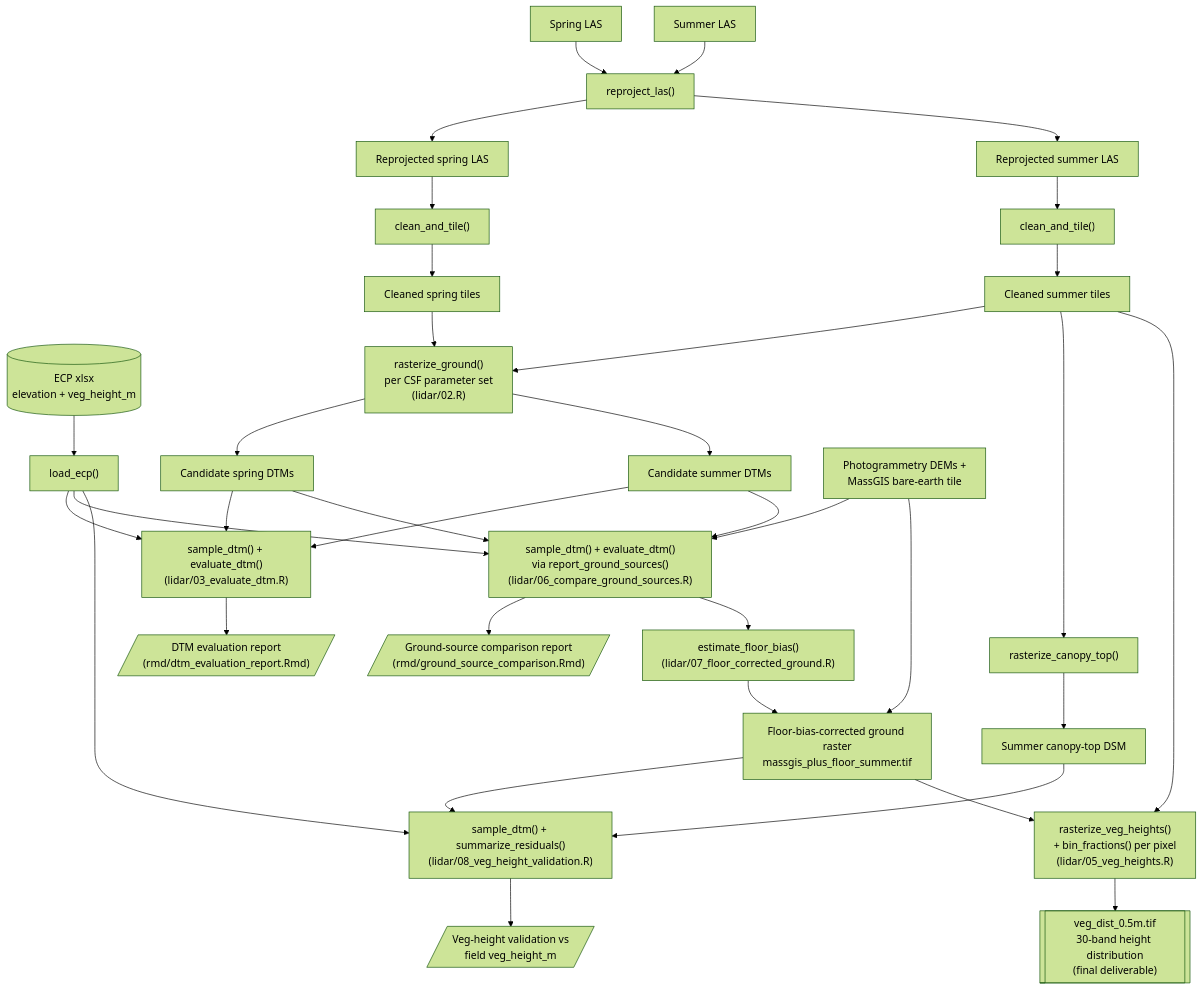
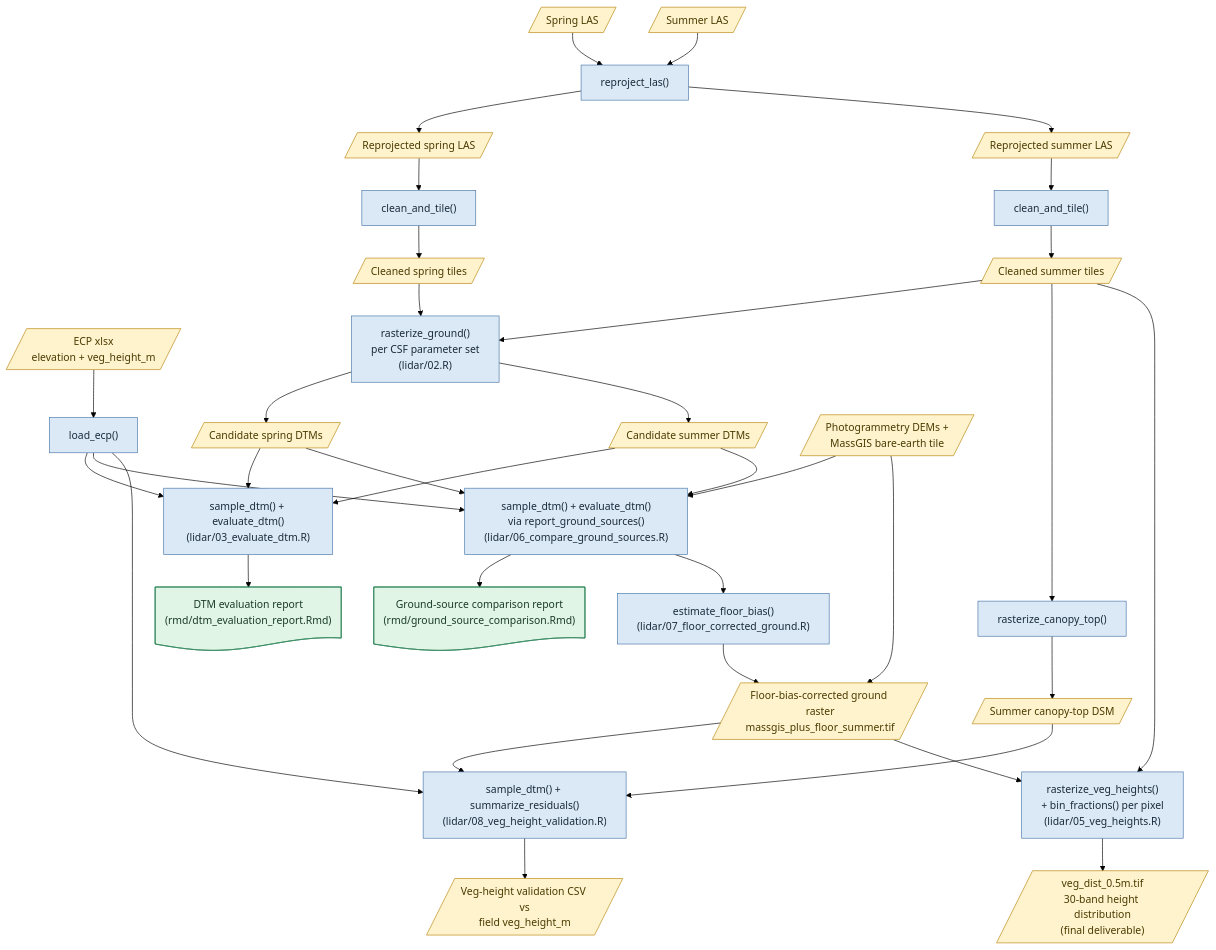
One commit to UMass-UAS-Salt-Marsh/salt-marsh-work changed the diagram in lidar/ARCHITECTURE.md. Above: the diagram before and after it, drawn with Mermaid (forest theme). The commit also changed other lines of this file, not shown here.

Commit message:
Restyle ARCHITECTURE.md flowchart: rectangles for processes, distinct shapes/colors for data vs. reports
Switch function/script nodes to plain rectangles (the standard flowchart
convention) and give data artifacts (point clouds, tiles, rasters, cached
CSVs) a parallelogram shape. Give the two rendered HTML reports their own
document shape and color so they read as distinct from CSV/TIFF outputs.
Also fix a mislabel: the veg-height validation output is a CSV, not a
rendered report.

````diff
--- a/lidar/ARCHITECTURE.md
+++ b/lidar/ARCHITECTURE.md
@@ -212,47 +212,71 @@
 ```mermaid
 flowchart TD
-    A1["Spring LAS"] --> B0
-    A2["Summer LAS"] --> B0
-    B0["reproject_las()"] --> C1["Reprojected spring LAS"]
-    B0 --> C2["Reprojected summer LAS"]
+    A1[/"Spring LAS"/]
+    A2[/"Summer LAS"/]
+    A1 --> B0
+    A2 --> B0
+    B0["reproject_las()"]
+    B0 --> C1[/"Reprojected spring LAS"/]
+    B0 --> C2[/"Reprojected summer LAS"/]
 
-    C1 --> D1["clean_and_tile()"]
-    C2 --> D2["clean_and_tile()"]
-    D1 --> E1["Cleaned spring tiles"]
-    D2 --> E2["Cleaned summer tiles"]
+    C1 --> D1
+    C2 --> D2
+    D1["clean_and_tile()"]
+    D2["clean_and_tile()"]
+    D1 --> E1[/"Cleaned spring tiles"/]
+    D2 --> E2[/"Cleaned summer tiles"/]
 
-    ECP[("ECP xlsx<br/>elevation + veg_height_m")] --> LE["load_ecp()"]
+    ECP[/"ECP xlsx<br/>elevation + veg_height_m"/]
+    LE["load_ecp()"]
+    ECP --> LE
 
-    E1 --> F["rasterize_ground()<br/>per CSF parameter set<br/>(lidar/02.R)"]
+    E1 --> F
     E2 --> F
-    F --> G1["Candidate spring DTMs"]
-    F --> G2["Candidate summer DTMs"]
+    F["rasterize_ground()<br/>per CSF parameter set<br/>(lidar/02.R)"]
+    F --> G1[/"Candidate spring DTMs"/]
+    F --> G2[/"Candidate summer DTMs"/]
 
-    G1 --> J["sample_dtm() + evaluate_dtm()<br/>(lidar/03_evaluate_dtm.R)"]
+    G1 --> J
     G2 --> J
     LE --> J
-    J --> K[/"DTM evaluation report<br/>(rmd/dtm_evaluation_report.Rmd)"/]
+    J["sample_dtm() + evaluate_dtm()<br/>(lidar/03_evaluate_dtm.R)"]
+    K@{ shape: doc, label: "DTM evaluation report<br/>(rmd/dtm_evaluation_report.Rmd)" }
+    J --> K
 
-    OTHER["Photogrammetry DEMs +<br/>MassGIS bare-earth tile"]
-    G1 --> M["sample_dtm() + evaluate_dtm()<br/>via report_ground_sources()<br/>(lidar/06_compare_ground_sources.R)"]
+    OTHER[/"Photogrammetry DEMs +<br/>MassGIS bare-earth tile"/]
+    G1 --> M
     G2 --> M
     OTHER --> M
     LE --> M
-    M --> N[/"Ground-source comparison report<br/>(rmd/ground_source_comparison.Rmd)"/]
+    M["sample_dtm() + evaluate_dtm()<br/>via report_ground_sources()<br/>(lidar/06_compare_ground_sources.R)"]
+    N@{ shape: doc, label: "Ground-source comparison report<br/>(rmd/ground_source_comparison.Rmd)" }
+    M --> N
 
-    M --> O["estimate_floor_bias()<br/>(lidar/07_floor_corrected_ground.R)"]
+    M --> O
     OTHER --> P
-    O --> P["Floor-bias-corrected ground raster<br/>massgis_plus_floor_summer.tif"]
+    O["estimate_floor_bias()<br/>(lidar/07_floor_corrected_ground.R)"]
+    O --> P[/"Floor-bias-corrected ground raster<br/>massgis_plus_floor_summer.tif"/]
 
-    E2 --> Q["rasterize_canopy_top()"]
-    Q --> R["Summer canopy-top DSM"]
+    E2 --> Q
+    Q["rasterize_canopy_top()"]
+    Q --> R[/"Summer canopy-top DSM"/]
 
-    R --> S["sample_dtm() + summarize_residuals()<br/>(lidar/08_veg_height_validation.R)"]
+    R --> S
     P --> S
     LE --> S
-    S --> T[/"Veg-height validation vs<br/>field veg_height_m"/]
+    S["sample_dtm() + summarize_residuals()<br/>(lidar/08_veg_height_validation.R)"]
+    S --> T[/"Veg-height validation CSV vs<br/>field veg_height_m"/]
 
-    E2 --> U["rasterize_veg_heights()<br/>+ bin_fractions() per pixel<br/>(lidar/05_veg_heights.R)"]
+    E2 --> U
     P --> U
-    U --> V[["veg_dist_0.5m.tif<br/>30-band height distribution<br/>(final deliverable)"]]
+    U["rasterize_veg_heights()<br/>+ bin_fractions() per pixel<br/>(lidar/05_veg_heights.R)"]
+    U --> V[/"veg_dist_0.5m.tif<br/>30-band height distribution<br/>(final deliverable)"/]
+
+    classDef process fill:#dbe9f6,stroke:#4a77a8,color:#1a2b3c
+    classDef data fill:#fff3cd,stroke:#b8860b,color:#4a3b00
+    classDef report fill:#e1f5e6,stroke:#2f855a,color:#1a3b28
+
+    class B0,D1,D2,LE,F,J,M,O,Q,S,U process
+    class A1,A2,C1,C2,E1,E2,ECP,G1,G2,OTHER,P,R,T,V data
+    class K,N report
 ```
````
